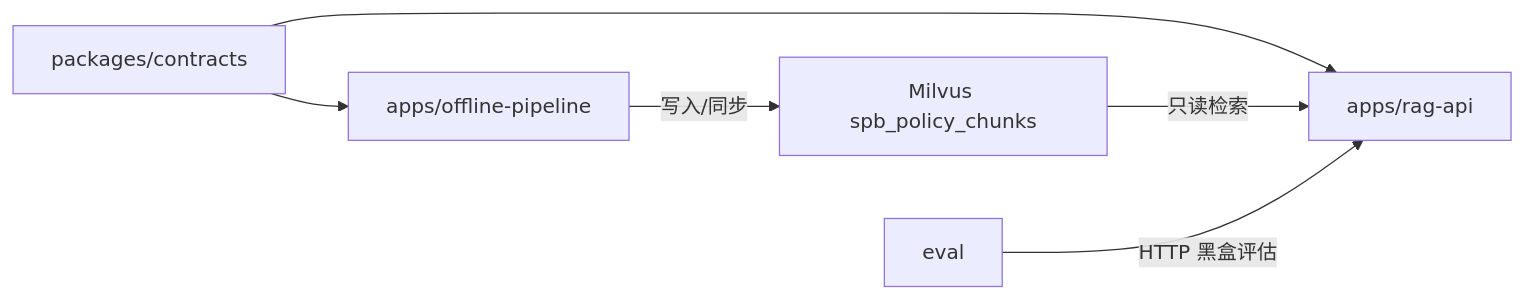
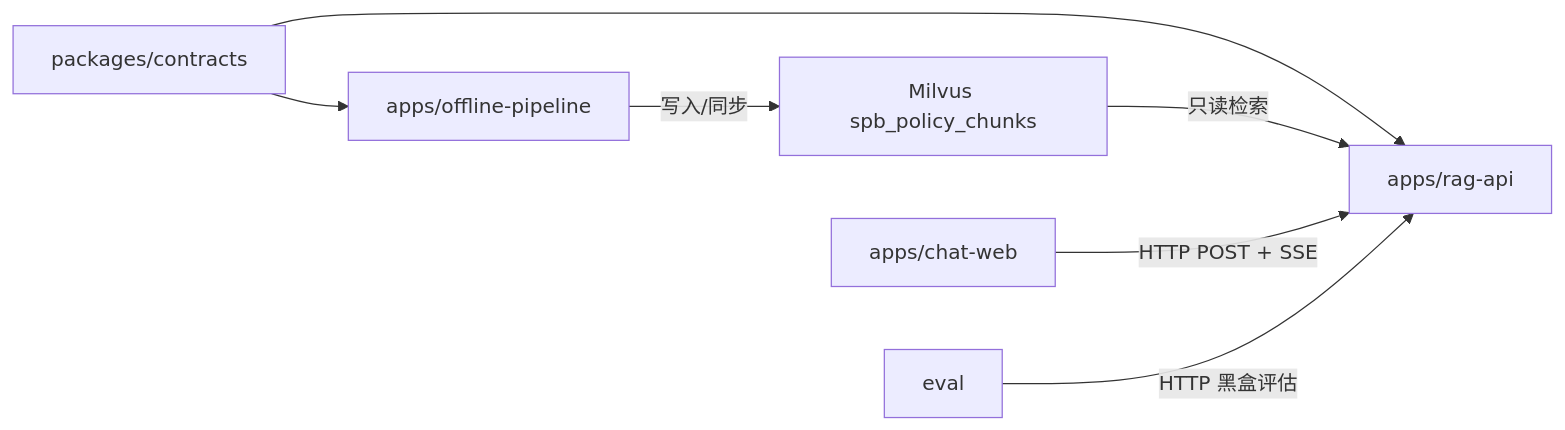
The first of 2 diagrams in docs/workspace-architecture.md (wwbotww/Intern26-spb), drawn with Mermaid before and after one commit. The commit also changed other lines of this file and 20 other files, not shown here.

Commit message:
feat(web): add streaming chat interface

````diff
--- a/docs/workspace-architecture.md
+++ b/docs/workspace-architecture.md
@@ -9,8 +9,9 @@
 ```mermaid
 flowchart LR
     C["packages/contracts"] --> O["apps/offline-pipeline"]
     C --> R["apps/rag-api"]
     O -->|"写入/同步"| M["Milvus spb_policy_chunks"]
     M -->|"只读检索"| R
+    W["apps/chat-web"] -->|"HTTP POST + SSE"| R
     E["eval"] -->|"HTTP 黑盒评估"| R
 ```
````
